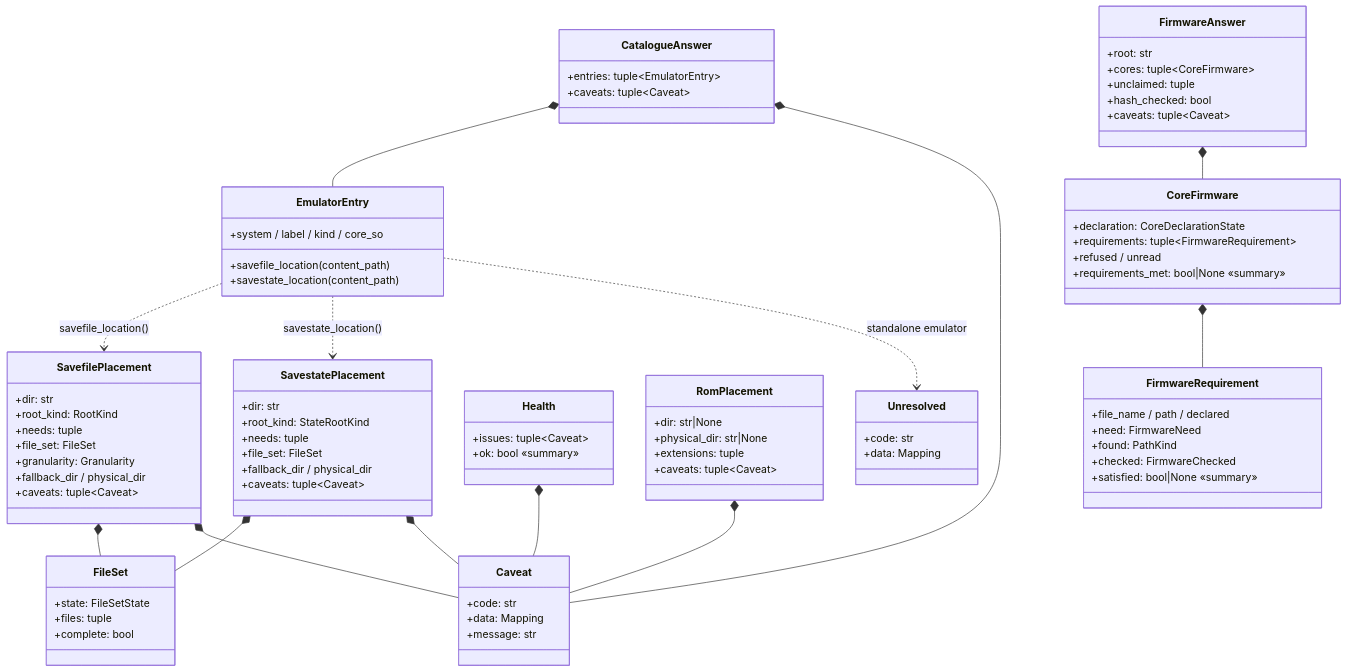
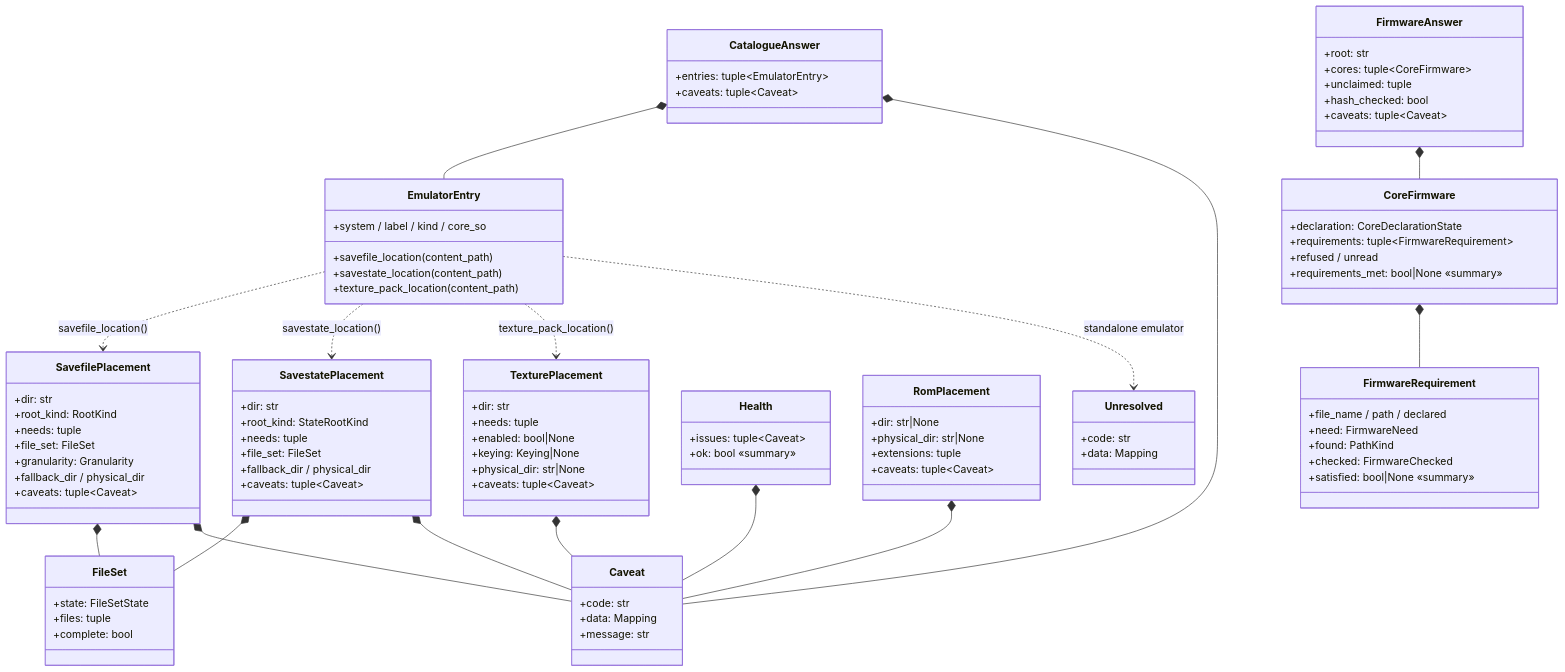
One commit to danielcopper/emu-atlas changed the third of 3 diagrams in docs/architecture.md. Above: the diagram before and after it, drawn with Mermaid. The commit also changed other lines of this file and 21 other files, not shown here.

First line of the commit message:
feat(textures): answer where texture packs live, per emulator (#99)

```diff
--- a/docs/architecture.md
+++ b/docs/architecture.md
@@ -130,6 +131,14 @@
         +needs: tuple
         +file_set: FileSet
         +fallback_dir / physical_dir
+        +caveats: tuple~Caveat~
+    }
+    class TexturePlacement {
+        +dir: str
+        +needs: tuple
+        +enabled: bool|None
+        +keying: Keying|None
+        +physical_dir: str|None
         +caveats: tuple~Caveat~
     }
     class FileSet {
@@ -155,6 +164,7 @@
         +system / label / kind / core_so
         +savefile_location(content_path)
         +savestate_location(content_path)
+        +texture_pack_location(content_path)
     }
     class FirmwareAnswer {
         +root: str
@@ -190,11 +200,13 @@
     SavestatePlacement *-- Caveat
     SavefilePlacement *-- FileSet
     SavefilePlacement *-- Caveat
+    TexturePlacement *-- Caveat
     CatalogueAnswer *-- EmulatorEntry
     CatalogueAnswer *-- Caveat
     RomPlacement *-- Caveat
     EmulatorEntry ..> SavefilePlacement : savefile_location()
     EmulatorEntry ..> SavestatePlacement : savestate_location()
+    EmulatorEntry ..> TexturePlacement : texture_pack_location()
     EmulatorEntry ..> Unresolved : standalone emulator
     FirmwareAnswer *-- CoreFirmware
     CoreFirmware *-- FirmwareRequirement
```
